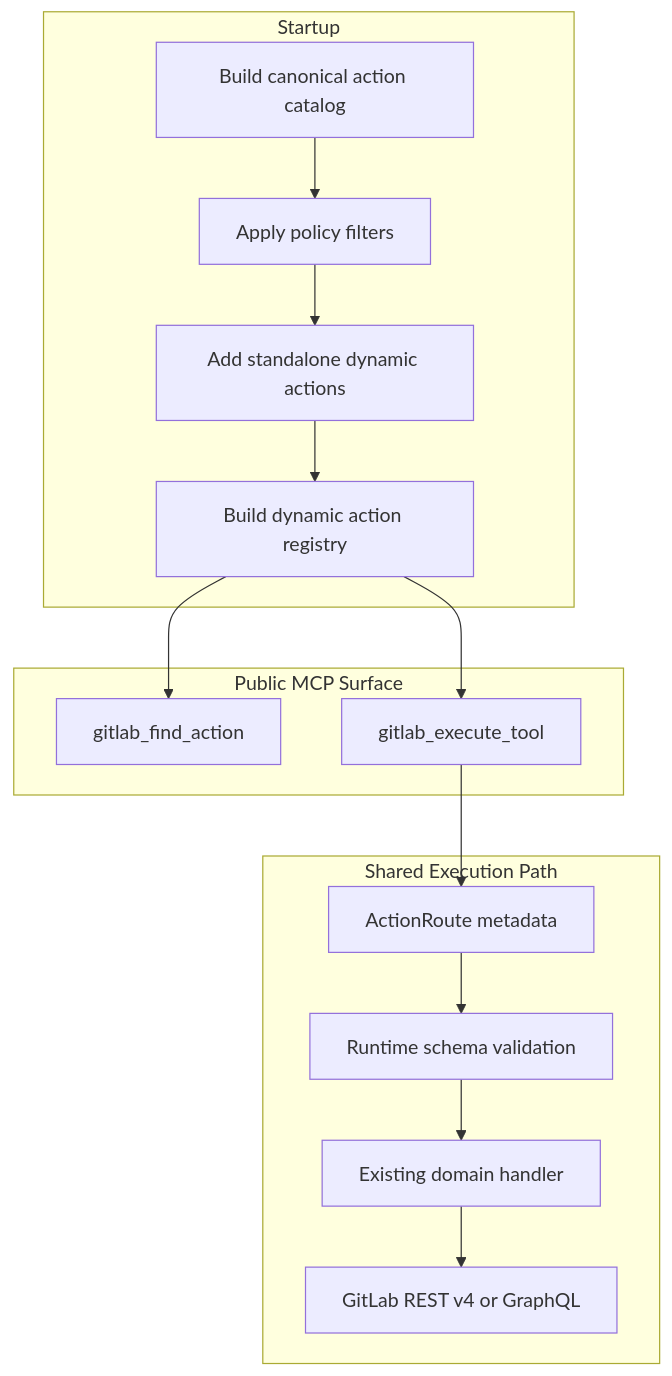
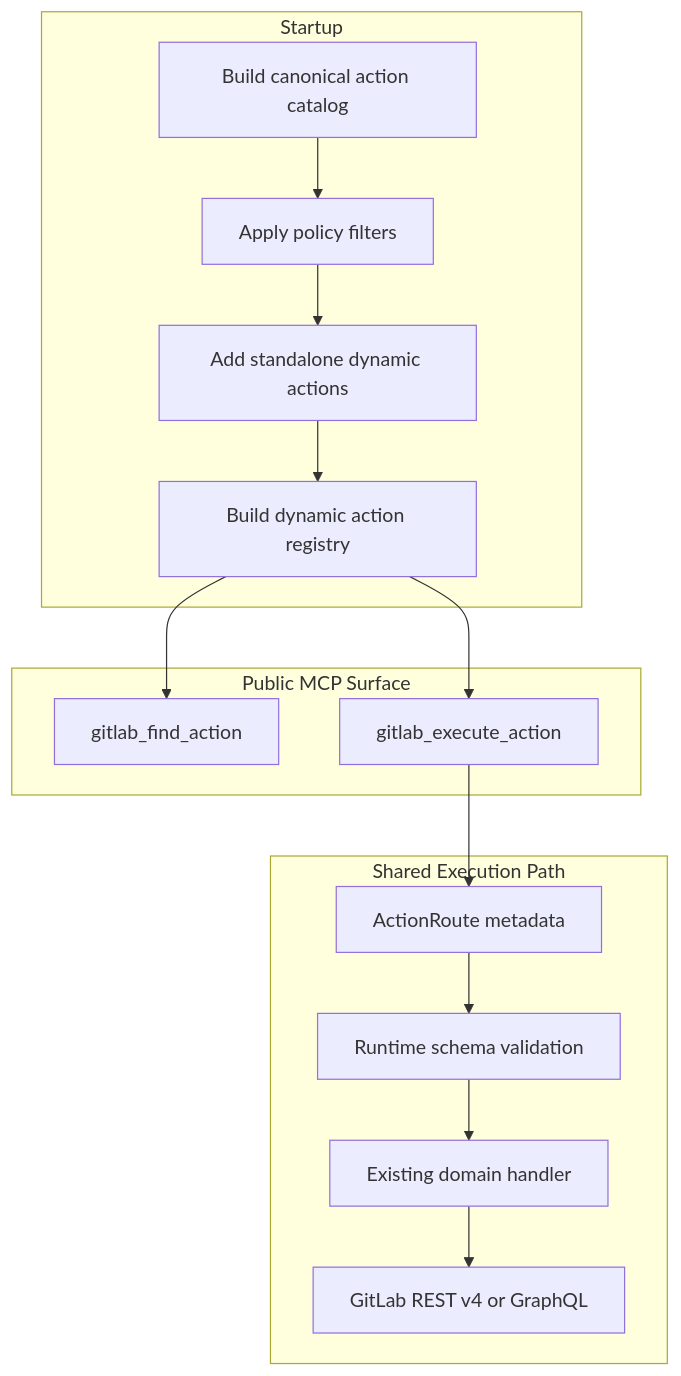
The second of 2 diagrams in docs/dynamic-tools.md (jmrplens/gitlab-mcp-server), drawn with Mermaid before and after one commit. The commit also changed other lines of this file and 714 other files, not shown here.

````diff
--- a/docs/dynamic-tools.md
+++ b/docs/dynamic-tools.md
@@ -263,26 +263,26 @@
 ```mermaid
 flowchart TD
   subgraph Startup
     A[Build canonical action catalog]
     B[Apply policy filters]
     C[Add standalone dynamic actions]
     D[Build dynamic action registry]
   end
 
     subgraph Public MCP Surface
         E[gitlab_find_action]
-        G[gitlab_execute_tool]
+        G[gitlab_execute_action]
     end
 
     subgraph Shared Execution Path
         H[ActionRoute metadata]
         I[Runtime schema validation]
         J[Existing domain handler]
         K[GitLab REST v4 or GraphQL]
     end
 
     A --> B --> C --> D
     D --> E
     D --> G
     G --> H --> I --> J --> K
 ```
````
